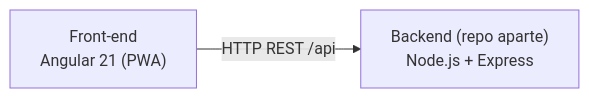
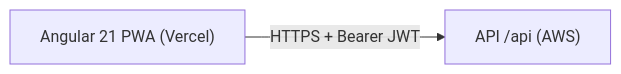
The diagram in docs/ARCHITECTURE.md (undercovered/frontend-active-recall), drawn with Mermaid before and after one commit. The commit also changed other lines of this file and 34 other files, not shown here.

````diff
--- a/docs/ARCHITECTURE.md
+++ b/docs/ARCHITECTURE.md
@@ -21,4 +19,4 @@
 ```mermaid
 flowchart LR
-    FE["Front-end<br/>Angular 21 (PWA)"] -- "HTTP REST /api" --> BE["Backend (repo aparte)<br/>Node.js + Express"]
+    FE["Angular 21 PWA (Vercel)"] -- "HTTPS + Bearer JWT" --> BE["API /api (AWS)"]
 ```
````
